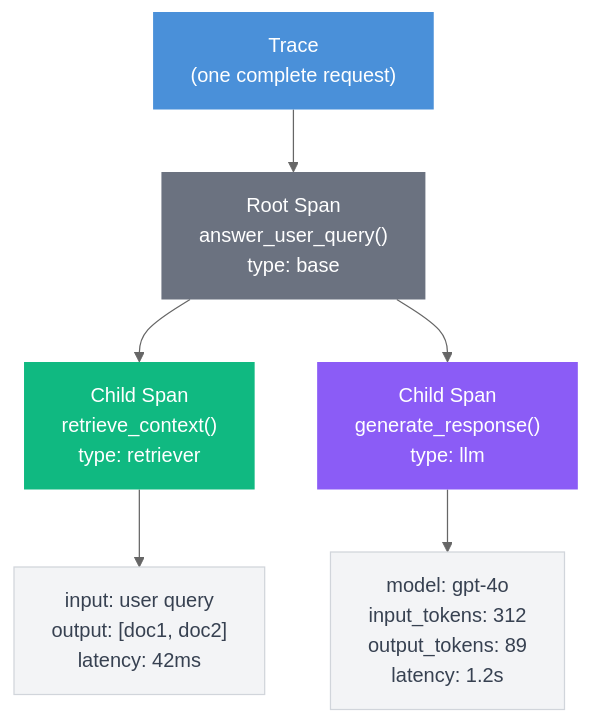
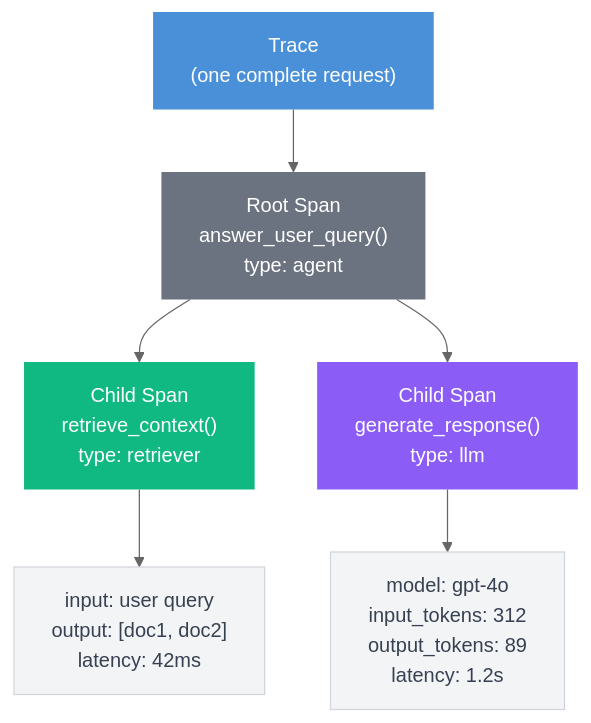
One commit to confident-ai/deepeval changed the diagram in docs/guides/guides-llm-tracing.mdx. Above: the diagram before and after it, drawn with Mermaid (neutral theme). The commit also changed other lines of this file, not shown here.

````diff
--- a/docs/guides/guides-llm-tracing.mdx
+++ b/docs/guides/guides-llm-tracing.mdx
@@ -24,17 +24,17 @@
 ```mermaid
 flowchart TD
     T["Trace<br/>(one complete request)"]
-    T --> R["Root Span<br/>answer_user_query()<br/>type: base"]
+    T --> R["Root Span<br/>answer_user_query()<br/>type: agent"]
     R --> S1["Child Span<br/>retrieve_context()<br/>type: retriever"]
     R --> S2["Child Span<br/>generate_response()<br/>type: llm"]
 
     S1 --> S1a["input: user query<br/>output: [doc1, doc2]<br/>latency: 42ms"]
     S2 --> S2a["model: gpt-4o<br/>input_tokens: 312<br/>output_tokens: 89<br/>latency: 1.2s"]
 
     style T fill:#4A90D9,color:#fff,stroke:none
     style R fill:#6B7280,color:#fff,stroke:none
     style S1 fill:#10B981,color:#fff,stroke:none
     style S2 fill:#8B5CF6,color:#fff,stroke:none
     style S1a fill:#F3F4F6,color:#374151,stroke:#D1D5DB
     style S2a fill:#F3F4F6,color:#374151,stroke:#D1D5DB
 ```
````
